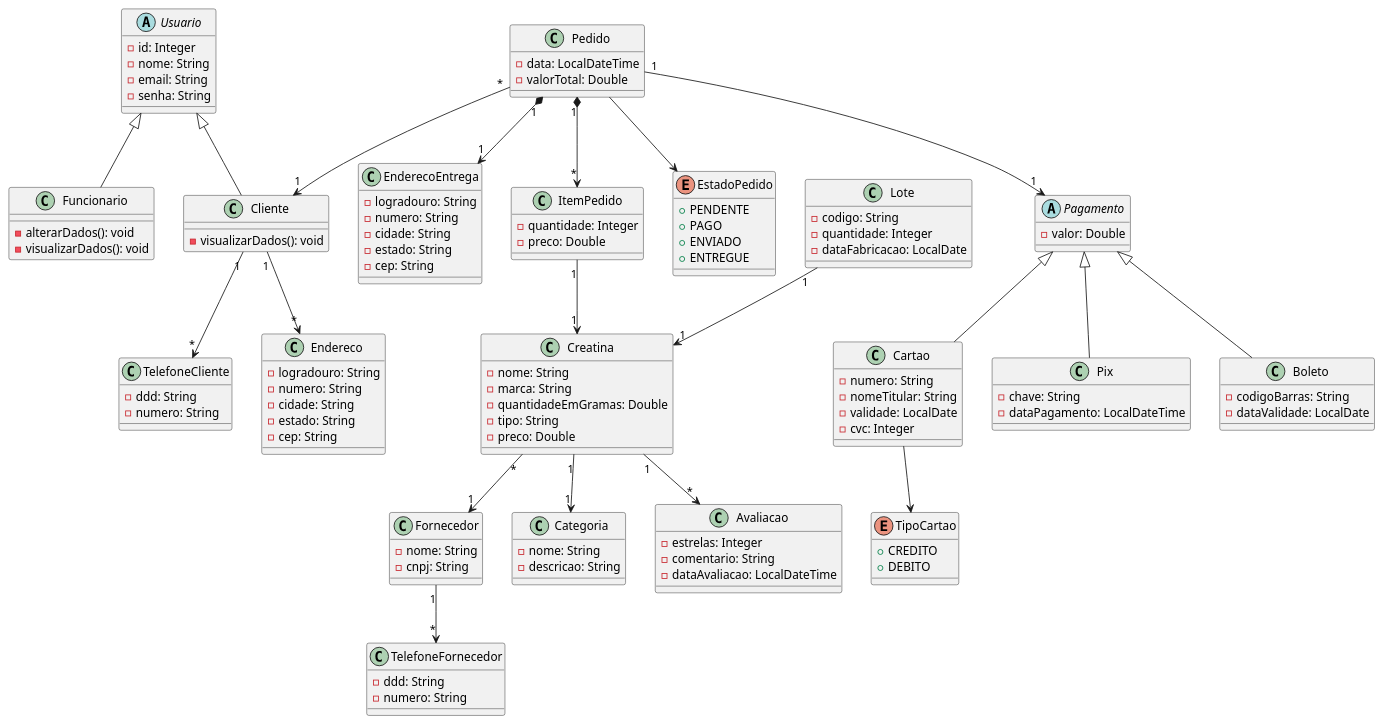
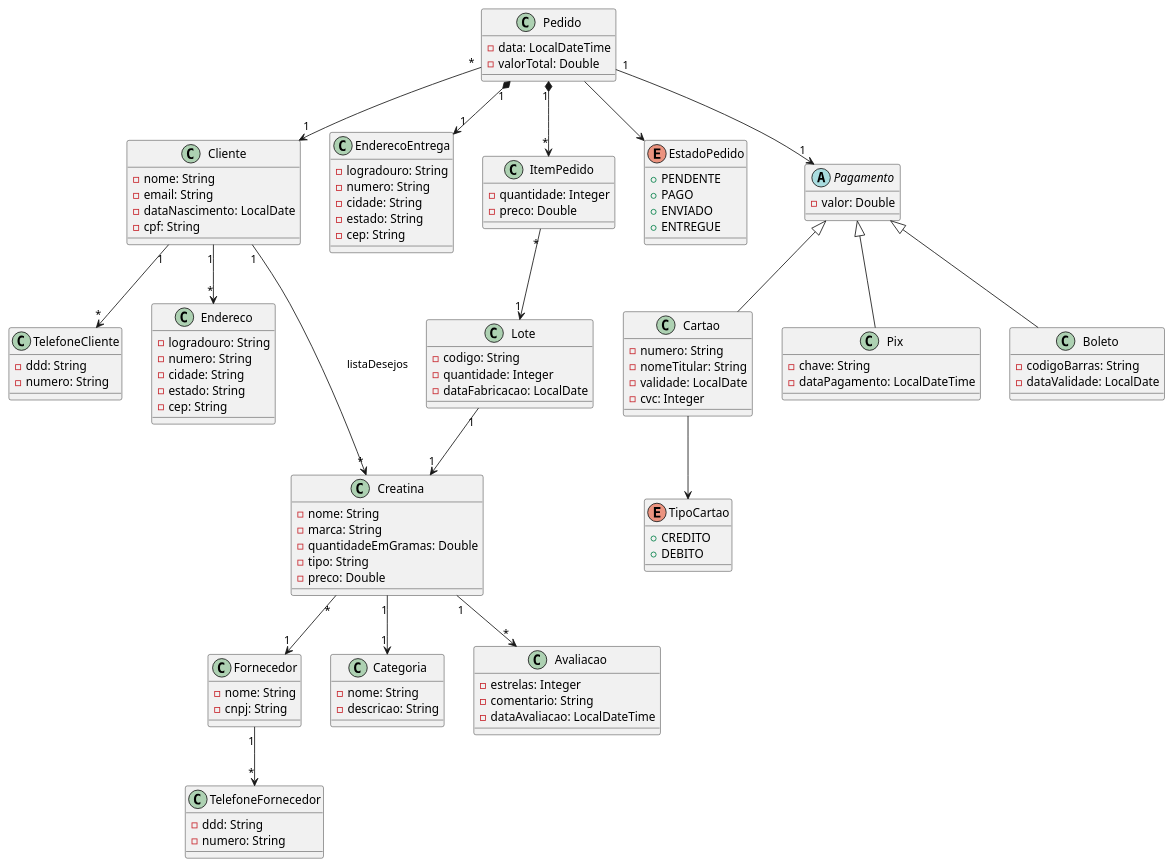
One commit to HallanChristian/creatina-tp1-quarkus changed the diagram in src/main/java/Creatina.plantuml. Above: the diagram before and after it, drawn with PlantUML.

Commit message:
UPDATE PlantUml

```diff
--- a/src/main/java/Creatina.plantuml
+++ b/src/main/java/Creatina.plantuml
@@ -1,148 +1,137 @@
 @startuml Creatina
 
-abstract class Usuario {
-  - id: Integer
+class Cliente {
   - nome: String
   - email: String
-  - senha: String
+  - dataNascimento: LocalDate
+  - cpf: String
 }
-
-class Cliente {
-  - visualizarDados(): void
-}
-
-class Funcionario {
-  - alterarDados(): void
-  - visualizarDados(): void
-}
-
-Usuario <|-- Cliente
-Usuario <|-- Funcionario
 
 class TelefoneCliente {
   - ddd: String
   - numero: String
 }
 
 class Endereco {
   - logradouro: String
   - numero: String
   - cidade: String
   - estado: String
   - cep: String
 }
 
 class Pedido {
   - data: LocalDateTime
   - valorTotal: Double
 }
 
 class EnderecoEntrega {
   - logradouro: String
   - numero: String
   - cidade: String
   - estado: String
   - cep: String
 }
 
 class ItemPedido {
   - quantidade: Integer
   - preco: Double
 }
 
 Enum EstadoPedido {
   + PENDENTE
   + PAGO
   + ENVIADO
   + ENTREGUE
 }
 
 abstract class Pagamento {
   - valor: Double
 }
 
 class Cartao {
   - numero: String
   - nomeTitular: String
   - validade: LocalDate
   - cvc: Integer
 }
 
 Enum TipoCartao {
   + CREDITO
   + DEBITO
 }
 
 class Pix {
   - chave: String
   - dataPagamento: LocalDateTime
 }
 
 class Boleto {
   - codigoBarras: String
   - dataValidade: LocalDate
 }
 
 Pagamento <|-- Pix
 Pagamento <|-- Boleto
 Pagamento <|-- Cartao
 
 class Fornecedor {
   - nome: String
   - cnpj: String
 }
 
 class TelefoneFornecedor {
   - ddd: String
   - numero: String
 }
 
 class Creatina {
   - nome: String
   - marca: String
   - quantidadeEmGramas: Double
   - tipo: String
   - preco: Double
 }
 
 class Categoria {
   - nome: String
   - descricao: String
 }
 
 class Lote {
   - codigo: String
   - quantidade: Integer
   - dataFabricacao: LocalDate
 }
 
 class Avaliacao {
   - estrelas: Integer
   - comentario: String
   - dataAvaliacao: LocalDateTime
 }
 
 ' Relacionamentos
 
 Cliente "1" --> "*" TelefoneCliente
 Cliente "1" --> "*" Endereco
+Cliente "1" --> "*" Creatina : listaDesejos
+
+ItemPedido "*" --> "1" Lote
 
 Pedido "*" --> "1" Cliente
 Pedido "1" *--> "*" ItemPedido
 Pedido "1" --> "1" Pagamento
 Pedido --> EstadoPedido
 Pedido "1" *--> "1" EnderecoEntrega
-
-ItemPedido "1" --> "1" Creatina
 
 Cartao --> TipoCartao
 
 Creatina "1" --> "1" Categoria
 Creatina "1" --> "*" Avaliacao
 Creatina "*" --> "1" Fornecedor
 
 Lote "1" --> "1" Creatina
 
 Fornecedor "1" --> "*" TelefoneFornecedor
 
 @enduml
```
